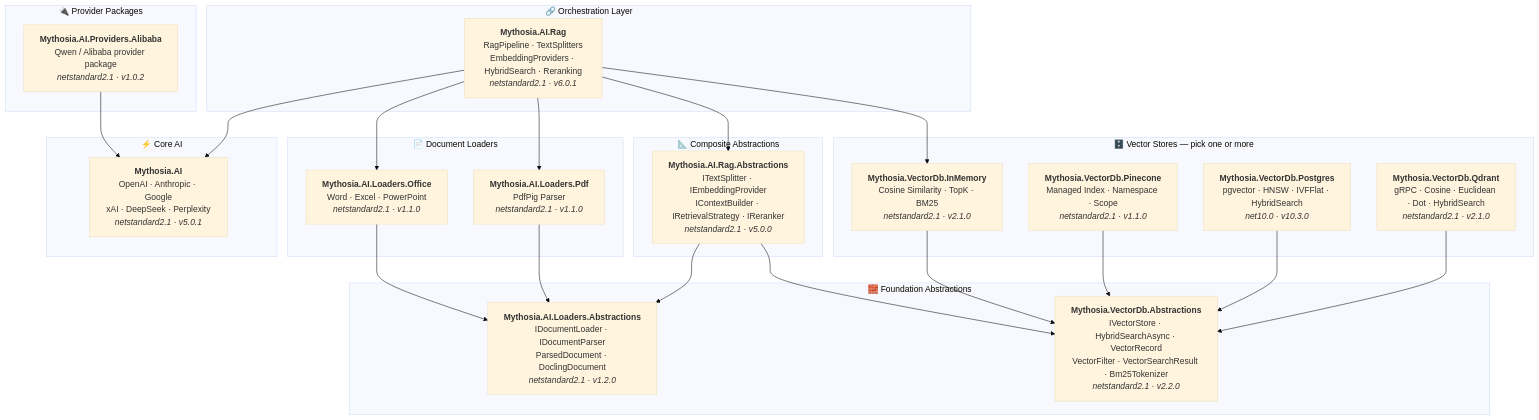
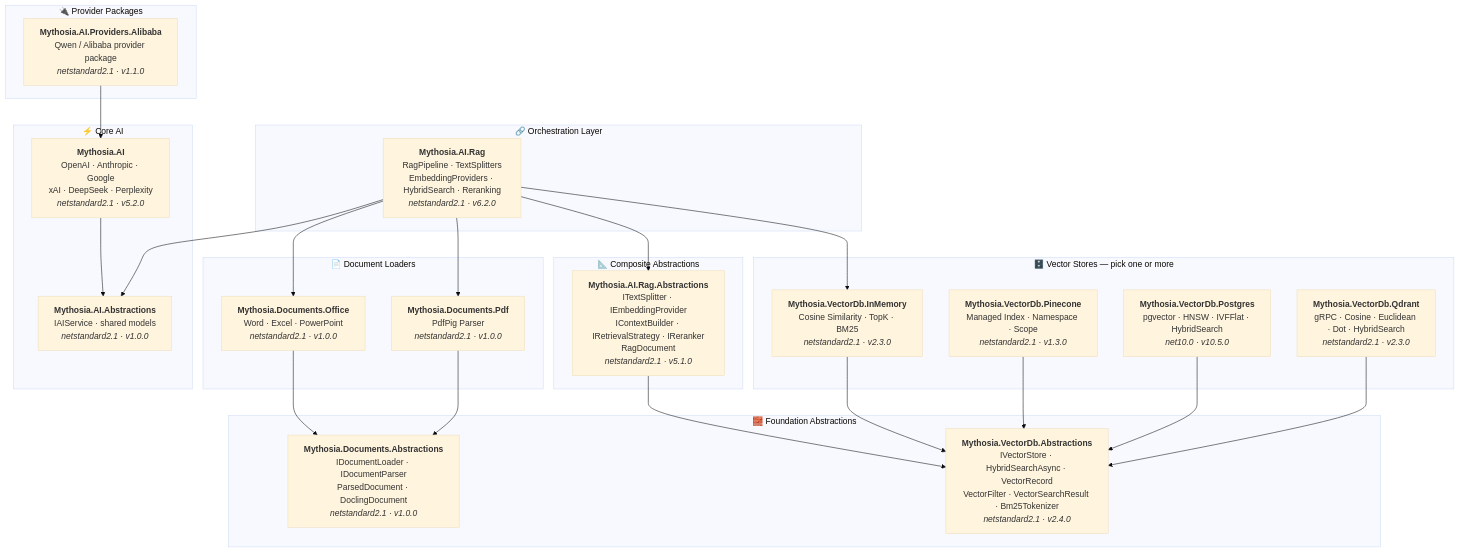
Before and after one commit to AJ-comp/Mythosia.AI: the diagram in README.md, drawn with Mermaid (base theme). The commit also changed other lines of this file and 36 other files, not shown here.

First line of the commit message:
feat(rag): decouple Rag from full AI implementation and add per-query StoreFilter

````diff
--- a/README.md
+++ b/README.md
@@ -58,59 +59,62 @@
 ```mermaid
 graph TD
     subgraph "🔗 Orchestration Layer"
-        Rag["<b>Mythosia.AI.Rag</b><br/>RagPipeline · TextSplitters<br/>EmbeddingProviders · HybridSearch · Reranking<br/><i>netstandard2.1 · v6.0.1</i>"]
+        Rag["<b>Mythosia.AI.Rag</b><br/>RagPipeline · TextSplitters<br/>EmbeddingProviders · HybridSearch · Reranking<br/><i>netstandard2.1 · v6.2.0</i>"]
     end
 
     subgraph "⚡ Core AI"
-        AI["<b>Mythosia.AI</b><br/>OpenAI · Anthropic · Google<br/>xAI · DeepSeek · Perplexity<br/><i>netstandard2.1 · v5.0.1</i>"]
+        AI["<b>Mythosia.AI</b><br/>OpenAI · Anthropic · Google<br/>xAI · DeepSeek · Perplexity<br/><i>netstandard2.1 · v5.2.0</i>"]
+        AIAbs["<b>Mythosia.AI.Abstractions</b><br/>IAIService · shared models<br/><i>netstandard2.1 · v1.0.0</i>"]
     end
 
     subgraph "🔌 Provider Packages"
-        Alibaba["<b>Mythosia.AI.Providers.Alibaba</b><br/>Qwen / Alibaba provider package<br/><i>netstandard2.1 · v1.0.2</i>"]
+        Alibaba["<b>Mythosia.AI.Providers.Alibaba</b><br/>Qwen / Alibaba provider package<br/><i>netstandard2.1 · v1.1.0</i>"]
     end
 
     subgraph "📄 Document Loaders"
-        Office["<b>Mythosia.AI.Loaders.Office</b><br/>Word · Excel · PowerPoint<br/><i>netstandard2.1 · v1.1.0</i>"]
-        Pdf["<b>Mythosia.AI.Loaders.Pdf</b><br/>PdfPig Parser<br/><i>netstandard2.1 · v1.1.0</i>"]
+        Office["<b>Mythosia.Documents.Office</b><br/>Word · Excel · PowerPoint<br/><i>netstandard2.1 · v1.0.0</i>"]
+        Pdf["<b>Mythosia.Documents.Pdf</b><br/>PdfPig Parser<br/><i>netstandard2.1 · v1.0.0</i>"]
     end
 
     subgraph "📐 Composite Abstractions"
-        RagAbs["<b>Mythosia.AI.Rag.Abstractions</b><br/>ITextSplitter · IEmbeddingProvider<br/>IContextBuilder · IRetrievalStrategy · IReranker<br/><i>netstandard2.1 · v5.0.0</i>"]
+        RagAbs["<b>Mythosia.AI.Rag.Abstractions</b><br/>ITextSplitter · IEmbeddingProvider<br/>IContextBuilder · IRetrievalStrategy · IReranker<br/>RagDocument<br/><i>netstandard2.1 · v5.1.0</i>"]
     end
 
     subgraph "🗄️ Vector Stores — pick one or more"
-        InMem["<b>Mythosia.VectorDb.InMemory</b><br/>Cosine Similarity · TopK · BM25<br/><i>netstandard2.1 · v2.1.0</i>"]
-        Pine["<b>Mythosia.VectorDb.Pinecone</b><br/>Managed Index · Namespace · Scope<br/><i>netstandard2.1 · v1.1.0</i>"]
-        Pg["<b>Mythosia.VectorDb.Postgres</b><br/>pgvector · HNSW · IVFFlat · HybridSearch<br/><i>net10.0 · v10.3.0</i>"]
-        Qd["<b>Mythosia.VectorDb.Qdrant</b><br/>gRPC · Cosine · Euclidean · Dot · HybridSearch<br/><i>netstandard2.1 · v2.1.0</i>"]
+        InMem["<b>Mythosia.VectorDb.InMemory</b><br/>Cosine Similarity · TopK · BM25<br/><i>netstandard2.1 · v2.3.0</i>"]
+        Pine["<b>Mythosia.VectorDb.Pinecone</b><br/>Managed Index · Namespace · Scope<br/><i>netstandard2.1 · v1.3.0</i>"]
+        Pg["<b>Mythosia.VectorDb.Postgres</b><br/>pgvector · HNSW · IVFFlat · HybridSearch<br/><i>net10.0 · v10.5.0</i>"]
+        Qd["<b>Mythosia.VectorDb.Qdrant</b><br/>gRPC · Cosine · Euclidean · Dot · HybridSearch<br/><i>netstandard2.1 · v2.3.0</i>"]
     end
 
     subgraph "🧱 Foundation Abstractions"
-        LoaderAbs["<b>Mythosia.AI.Loaders.Abstractions</b><br/>IDocumentLoader · IDocumentParser<br/>ParsedDocument · DoclingDocument<br/><i>netstandard2.1 · v1.2.0</i>"]
-        VdbAbs["<b>Mythosia.VectorDb.Abstractions</b><br/>IVectorStore · HybridSearchAsync · VectorRecord<br/>VectorFilter · VectorSearchResult · Bm25Tokenizer<br/><i>netstandard2.1 · v2.2.0</i>"]
+        LoaderAbs["<b>Mythosia.Documents.Abstractions</b><br/>IDocumentLoader · IDocumentParser<br/>ParsedDocument · DoclingDocument<br/><i>netstandard2.1 · v1.0.0</i>"]
+        VdbAbs["<b>Mythosia.VectorDb.Abstractions</b><br/>IVectorStore · HybridSearchAsync · VectorRecord<br/>VectorFilter · VectorSearchResult · Bm25Tokenizer<br/><i>netstandard2.1 · v2.4.0</i>"]
     end
 
+    %% Core AI internal
+    AI --> AIAbs
+
     %% Orchestration → dependencies
-    Rag --> AI
+    Rag --> AIAbs
     Rag --> Office
     Rag --> Pdf
     Rag --> RagAbs
     Rag --> InMem
 
     %% Provider packages → core
     Alibaba --> AI
 
     %% Composite → Foundation
-    RagAbs --> LoaderAbs
     RagAbs --> VdbAbs
 
     %% Loaders → Foundation
     Office --> LoaderAbs
     Pdf --> LoaderAbs
 
     %% VectorStores → Foundation
     InMem --> VdbAbs
     Pine --> VdbAbs
     Pg --> VdbAbs
     Qd --> VdbAbs
 ```
````
